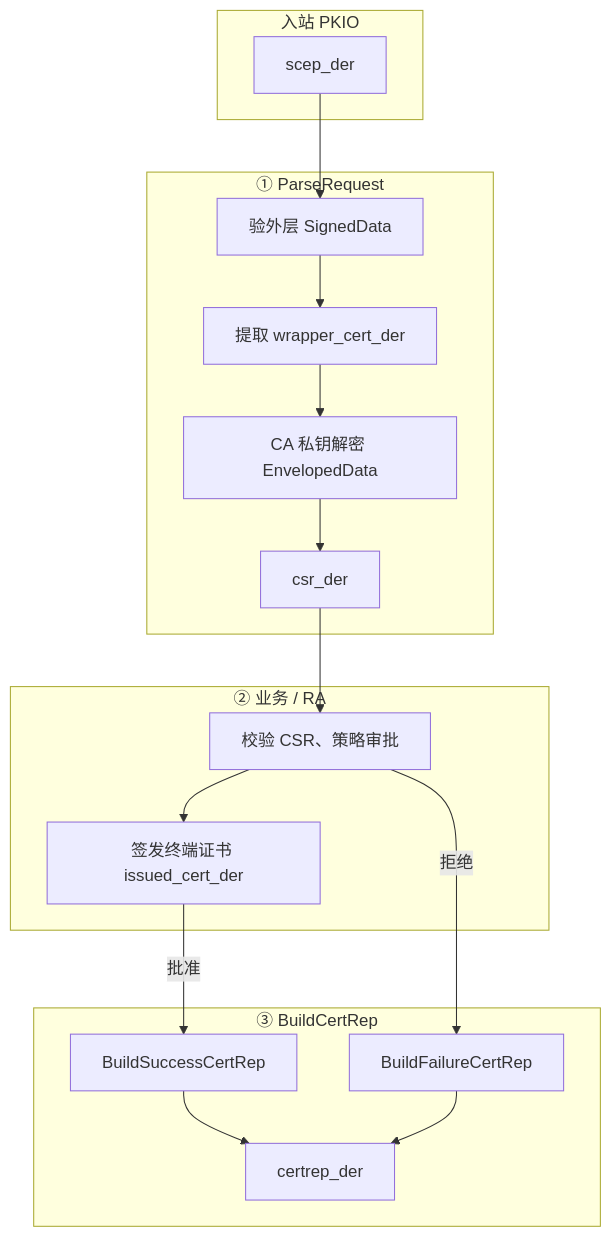
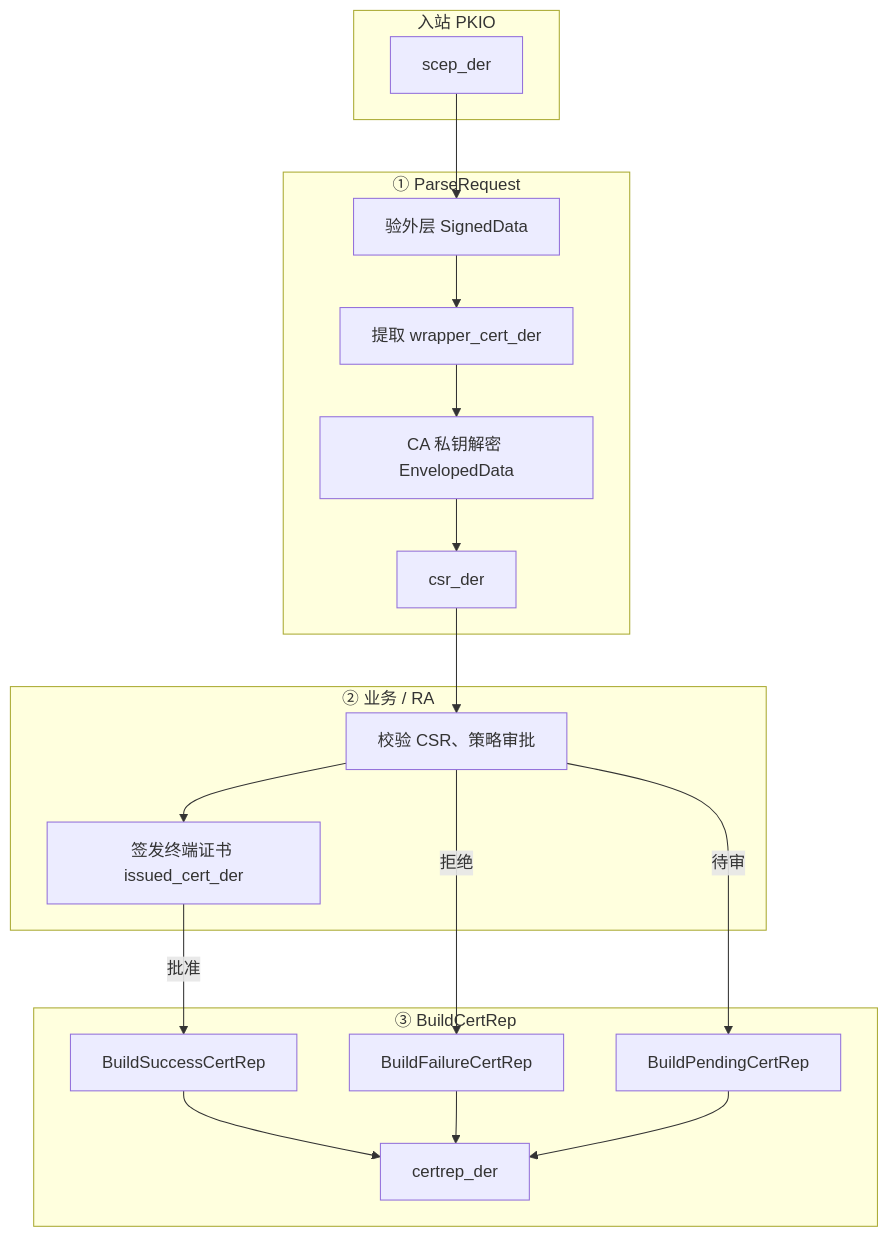
The fourth of 7 diagrams in docs/API.md (LeefMagnet/CryptoOffloadService), drawn with Mermaid before and after one commit. The commit also changed other lines of this file and 17 other files, not shown here.

First line of the commit message:
Add SCEP PENDING CertRep (pkiStatus=3) offload support.

````diff
--- a/docs/API.md
+++ b/docs/API.md
@@ -124,26 +124,28 @@
 ```mermaid
 flowchart TB
   subgraph In["入站 PKIO"]
     PKIO[scep_der]
   end
   subgraph OffloadParse["① ParseRequest"]
     P1[验外层 SignedData]
     P2[提取 wrapper_cert_der]
     P3[CA 私钥解密 EnvelopedData]
     CSR[csr_der]
   end
   subgraph Biz["② 业务 / RA"]
     RA[校验 CSR、策略审批]
     ISSUE[签发终端证书 issued_cert_der]
   end
   subgraph OffloadRep["③ BuildCertRep"]
     SUC[BuildSuccessCertRep]
     FAIL[BuildFailureCertRep]
+    PEND[BuildPendingCertRep]
     REP[certrep_der]
   end
 
   PKIO --> P1 --> P2 --> P3 --> CSR
   CSR --> RA --> ISSUE
   ISSUE -->|批准| SUC --> REP
   RA -->|拒绝| FAIL --> REP
+  RA -->|待审| PEND --> REP
 ```
````
